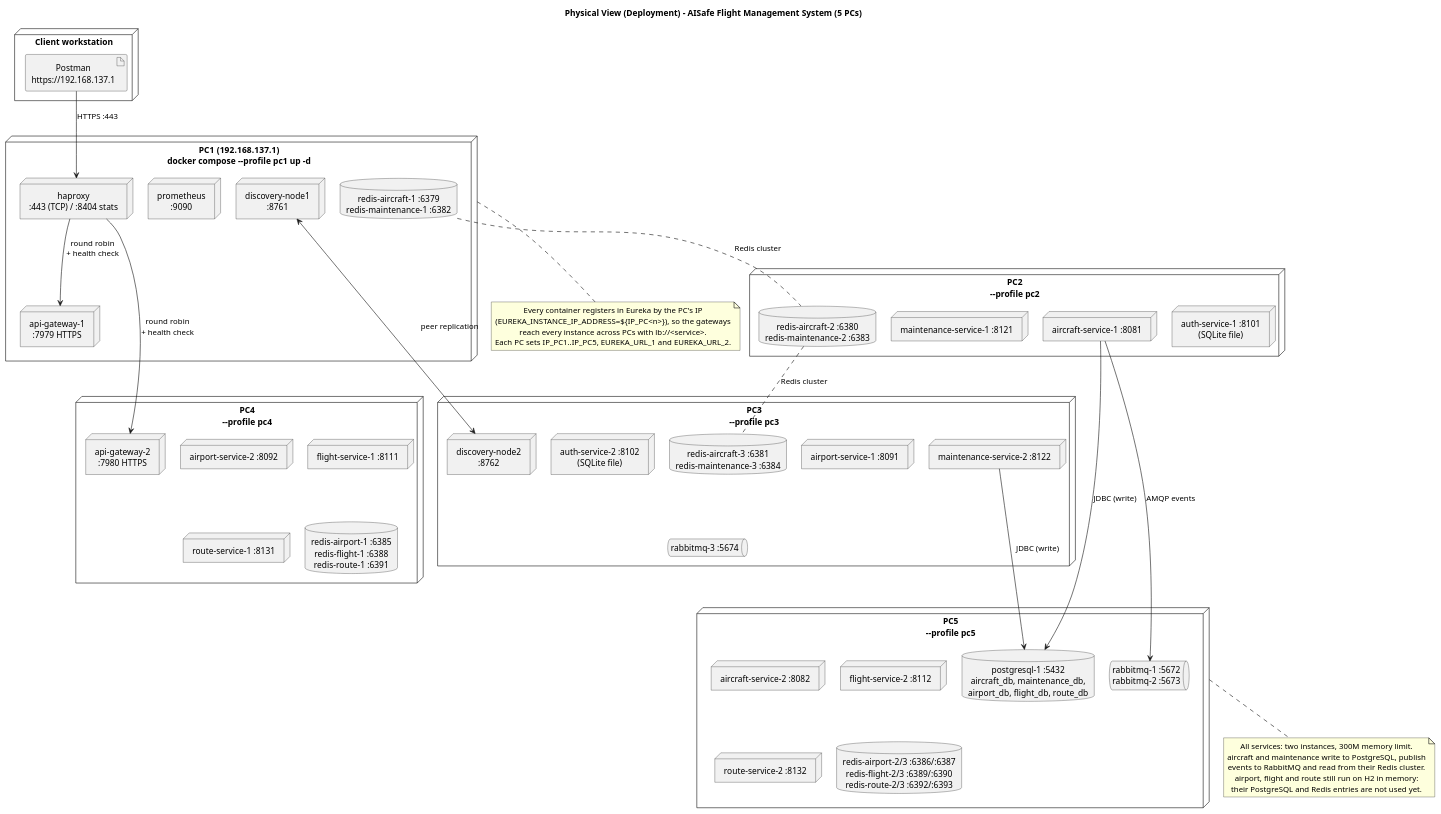
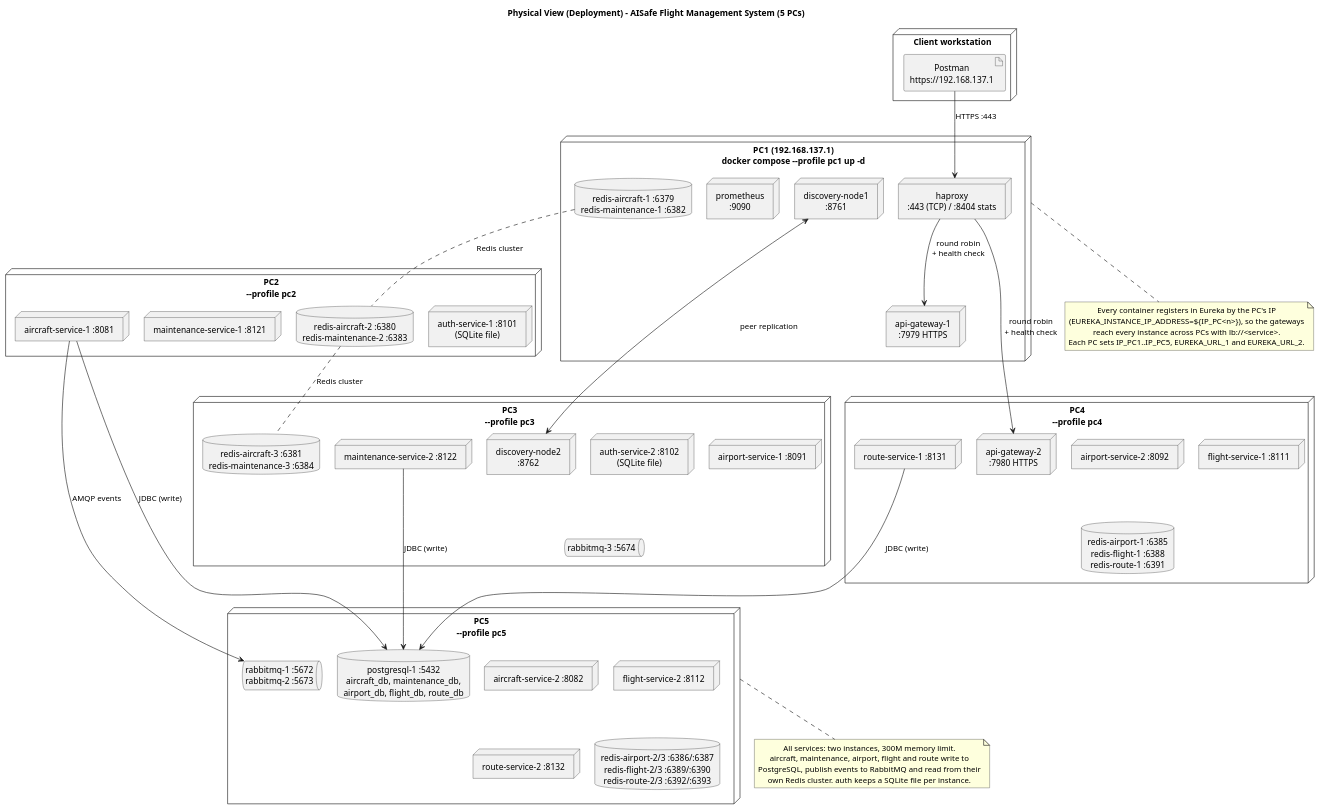
One commit to 8126Lucas/SIDIS_G6_3DA changed the diagram in docs/physical-view-deployment.puml. Above: the diagram before and after it, drawn with PlantUML. The commit also changed 44 other files, not shown here.

First line of the commit message:
Update CQRS architecture documentation

```diff
--- a/docs/physical-view-deployment.puml
+++ b/docs/physical-view-deployment.puml
@@ -1,83 +1,83 @@
 @startuml
 title Physical View (Deployment) - AISafe Flight Management System (5 PCs)
 
 skinparam nodesep 25
 skinparam ranksep 60
 skinparam defaultTextAlignment center
 
 node "Client workstation" as ClientHost {
     artifact "Postman\nhttps://192.168.137.1" as Postman
 }
 
 node "PC1  (192.168.137.1)\ndocker compose --profile pc1 up -d" as PC1 {
     node "haproxy\n:443 (TCP) / :8404 stats" as HAP
     node "api-gateway-1\n:7979 HTTPS" as GW1
     node "discovery-node1\n:8761" as DN1
     node "prometheus\n:9090" as PROM
     database "redis-aircraft-1 :6379\nredis-maintenance-1 :6382" as R1
 }
 
 node "PC2\n--profile pc2" as PC2 {
     node "auth-service-1 :8101\n(SQLite file)" as AU1
     node "aircraft-service-1 :8081" as AC1
     node "maintenance-service-1 :8121" as MT1
     database "redis-aircraft-2 :6380\nredis-maintenance-2 :6383" as R2
 }
 
 node "PC3\n--profile pc3" as PC3 {
     node "discovery-node2\n:8762" as DN2
     node "auth-service-2 :8102\n(SQLite file)" as AU2
     node "airport-service-1 :8091" as AP1
     node "maintenance-service-2 :8122" as MT2
     queue "rabbitmq-3 :5674" as MQ3
     database "redis-aircraft-3 :6381\nredis-maintenance-3 :6384" as R3
 }
 
 node "PC4\n--profile pc4" as PC4 {
     node "api-gateway-2\n:7980 HTTPS" as GW2
     node "airport-service-2 :8092" as AP2
     node "flight-service-1 :8111" as FL1
     node "route-service-1 :8131" as RT1
     database "redis-airport-1 :6385\nredis-flight-1 :6388\nredis-route-1 :6391" as R4
 }
 
 node "PC5\n--profile pc5" as PC5 {
     node "aircraft-service-2 :8082" as AC2
     node "flight-service-2 :8112" as FL2
     node "route-service-2 :8132" as RT2
     database "postgresql-1 :5432\naircraft_db, maintenance_db,\nairport_db, flight_db, route_db" as PG
     queue "rabbitmq-1 :5672\nrabbitmq-2 :5673" as MQ12
     database "redis-airport-2/3 :6386/:6387\nredis-flight-2/3 :6389/:6390\nredis-route-2/3 :6392/:6393" as R5
 }
 
 ' --- ENTRY ---
 Postman --> HAP : HTTPS :443
 HAP --> GW1 : round robin\n+ health check
 HAP --> GW2 : round robin\n+ health check
 
 ' --- DISCOVERY ---
 DN1 <--> DN2 : peer replication
 
-' --- DATA (aircraft and maintenance, the services already migrated) ---
+' --- DATA (examples; every business service does the same) ---
 AC1 --> PG : JDBC (write)
 MT2 --> PG : JDBC (write)
+RT1 --> PG : JDBC (write)
 AC1 --> MQ12 : AMQP events
 R1 .. R2 : Redis cluster
 R2 .. R3 : Redis cluster
 
 note bottom of PC1
   Every container registers in Eureka by the PC's IP
   (EUREKA_INSTANCE_IP_ADDRESS=${IP_PC<n>}), so the gateways
   reach every instance across PCs with lb://<service>.
   Each PC sets IP_PC1..IP_PC5, EUREKA_URL_1 and EUREKA_URL_2.
 end note
 
 note bottom of PC5
   All services: two instances, 300M memory limit.
-  aircraft and maintenance write to PostgreSQL, publish
-  events to RabbitMQ and read from their Redis cluster.
-  airport, flight and route still run on H2 in memory:
-  their PostgreSQL and Redis entries are not used yet.
+  aircraft, maintenance, airport, flight and route write to
+  PostgreSQL, publish events to RabbitMQ and read from their
+  own Redis cluster. auth keeps a SQLite file per instance.
 end note
 
 @enduml
```
